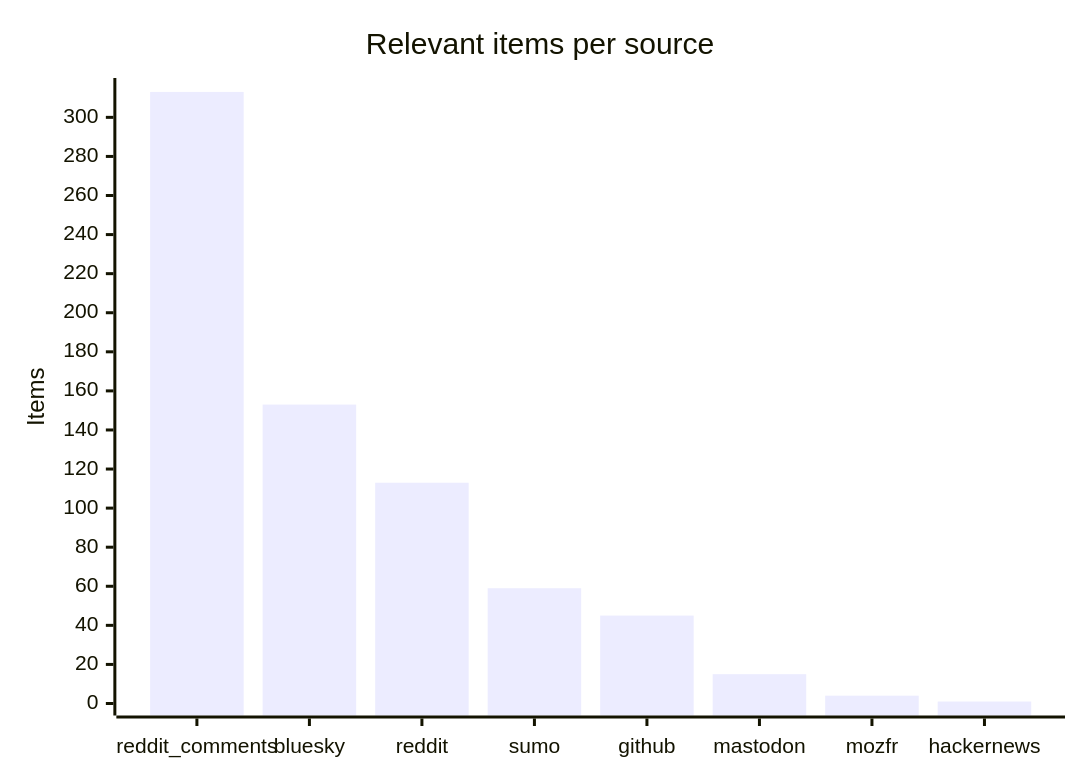
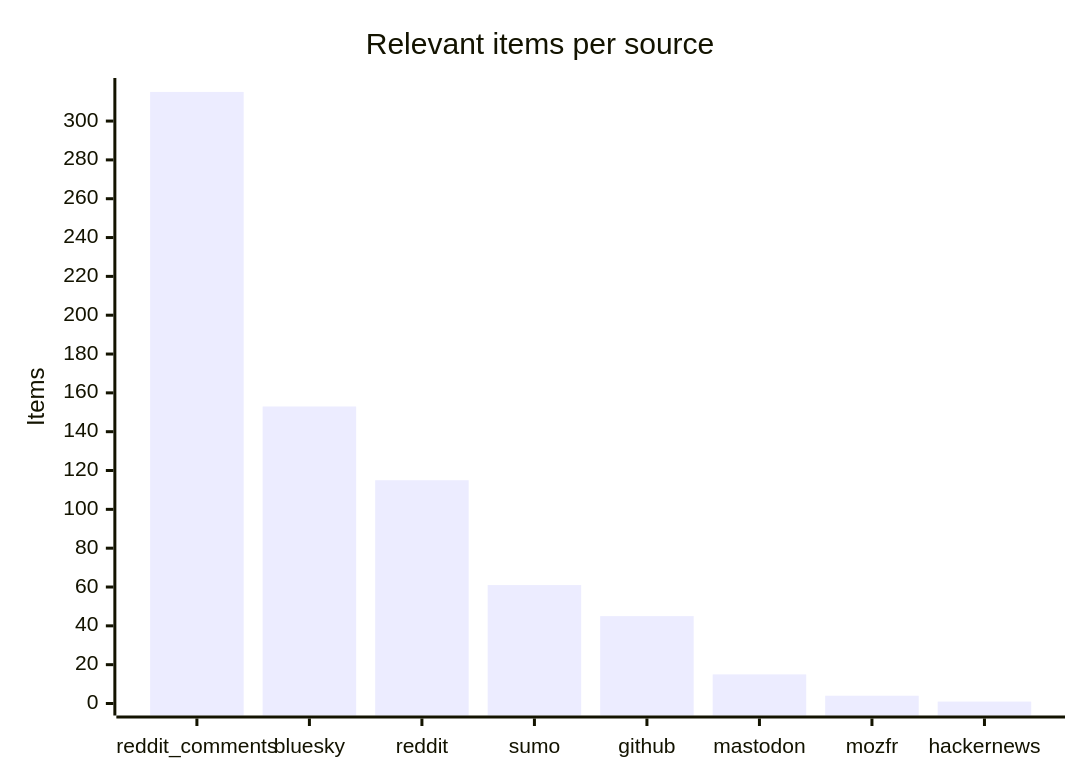
The third of 4 diagrams in README.md (martinbalfanz/social-scanner-reports), drawn with Mermaid before and after one commit. The commit also changed other lines of this file and 4 other files, not shown here.

````diff
--- a/README.md
+++ b/README.md
@@ -48,7 +48,7 @@
 ```mermaid
 xychart-beta
     title "Relevant items per source"
     x-axis ["reddit_comments", "bluesky", "reddit", "sumo", "github", "mastodon", "mozfr", "hackernews"]
-    y-axis "Items" 0 --> 314
-    bar [313, 153, 113, 59, 45, 15, 4, 1]
+    y-axis "Items" 0 --> 316
+    bar [315, 153, 115, 61, 45, 15, 4, 1]
 ```
````
